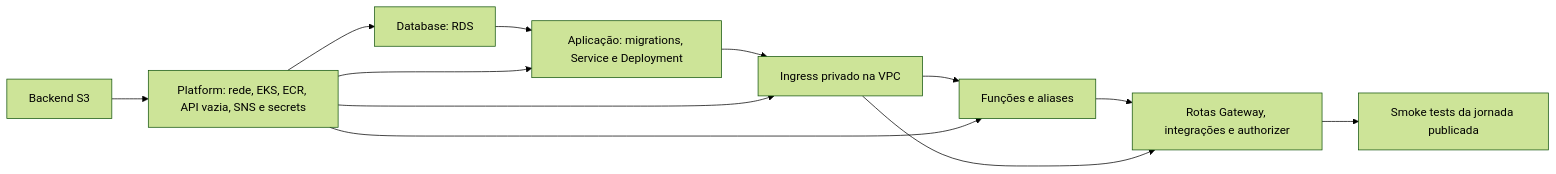
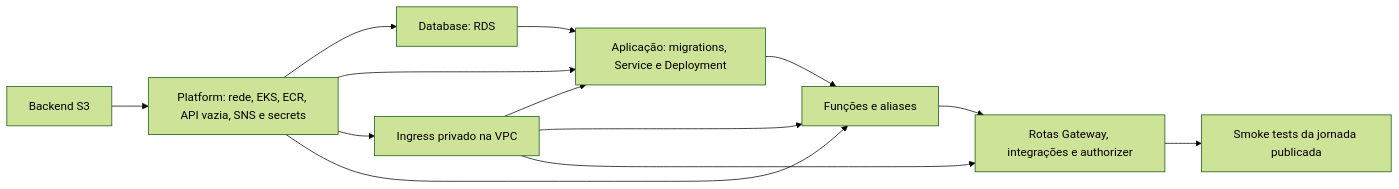
One commit to DiegoRugue/GarageFlow changed the first of 3 diagrams in docs/architecture/rfcs/0001-phase-3-platform-and-identity.md. Above: the diagram before and after it, drawn with Mermaid (forest theme). The commit also changed other lines of this file and 11 other files, not shown here.

````diff
--- a/docs/architecture/rfcs/0001-phase-3-platform-and-identity.md
+++ b/docs/architecture/rfcs/0001-phase-3-platform-and-identity.md
@@ -44,14 +44,15 @@
 ```mermaid
 flowchart LR
     Backend[Backend S3] --> Platform[Platform: rede, EKS, ECR, API vazia, SNS e secrets]
     Platform --> Database[Database: RDS]
     Database --> App[Aplicação: migrations, Service e Deployment]
     Platform --> App
-    App --> Ingress[Ingress privado na VPC]
+    Ingress --> App
+    Ingress[Ingress privado na VPC] --> Serverless[Funções e aliases]
     Platform --> Ingress
-    Ingress --> Serverless[Funções e aliases]
+    App --> Serverless
     Platform --> Serverless
     Serverless --> Edge[Rotas Gateway, integrações e authorizer]
     Ingress --> Edge
     Edge --> Smoke[Smoke tests da jornada publicada]
 ```
````
